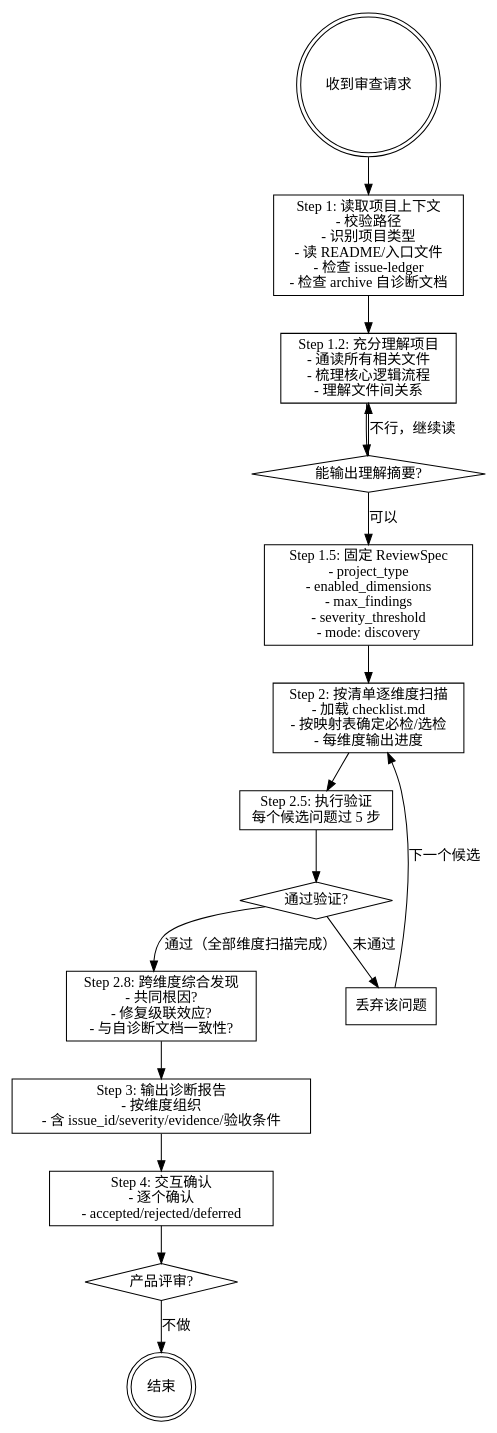
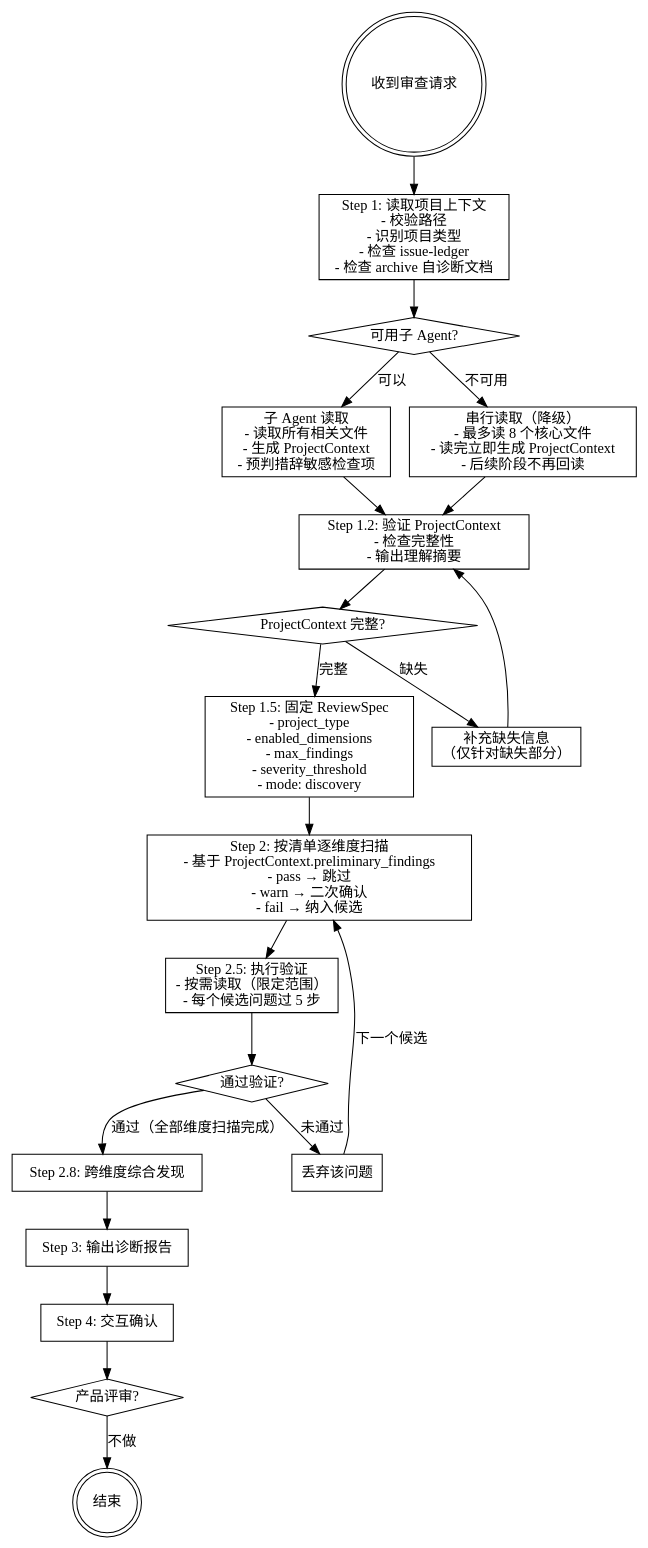
Before and after one commit to lbyxunxunnini/agent-pm: the diagram in references/mode-a.md, drawn with Graphviz. The commit also changed other lines of this file and 3 other files, not shown here.

````diff
--- a/references/mode-a.md
+++ b/references/mode-a.md
@@ -26,37 +26,54 @@
 ```dot
 digraph mode_a {
     rankdir=TB;
     node [shape=box];
 
     start [label="收到审查请求" shape=doublecircle];
-    read_ctx [label="Step 1: 读取项目上下文\n- 校验路径\n- 识别项目类型\n- 读 README/入口文件\n- 检查 issue-ledger\n- 检查 archive 自诊断文档"];
-    understand [label="Step 1.2: 充分理解项目\n- 通读所有相关文件\n- 梳理核心逻辑流程\n- 理解文件间关系"];
-    summary_check [label="能输出理解摘要?" shape=diamond];
+    
+    // Step 1: 读取上下文
+    read_ctx [label="Step 1: 读取项目上下文\n- 校验路径\n- 识别项目类型\n- 检查 issue-ledger\n- 检查 archive 自诊断文档"];
+    
+    // 子 Agent 读取
+    can_use_agent [shape=diamond label="可用子 Agent?"];
+    agent_read [label="子 Agent 读取\n- 读取所有相关文件\n- 生成 ProjectContext\n- 预判措辞敏感检查项"];
+    serial_read [label="串行读取（降级）\n- 最多读 8 个核心文件\n- 读完立即生成 ProjectContext\n- 后续阶段不再回读"];
+    
+    // Step 1.2: 理解验证
+    understand [label="Step 1.2: 验证 ProjectContext\n- 检查完整性\n- 输出理解摘要"];
+    summary_check [label="ProjectContext 完整?" shape=diamond];
+    fix_ctx [label="补充缺失信息\n（仅针对缺失部分）"];
+    
+    // Step 1.5 及后续
     fix_spec [label="Step 1.5: 固定 ReviewSpec\n- project_type\n- enabled_dimensions\n- max_findings\n- severity_threshold\n- mode: discovery"];
-    scan [label="Step 2: 按清单逐维度扫描\n- 加载 checklist.md\n- 按映射表确定必检/选检\n- 每维度输出进度"];
-    exec_verify [label="Step 2.5: 执行验证\n每个候选问题过 5 步"];
+    scan [label="Step 2: 按清单逐维度扫描\n- 基于 ProjectContext.preliminary_findings\n- pass → 跳过\n- warn → 二次确认\n- fail → 纳入候选"];
+    exec_verify [label="Step 2.5: 执行验证\n- 按需读取（限定范围）\n- 每个候选问题过 5 步"];
     pass [shape=diamond label="通过验证?"];
     discard [label="丢弃该问题" shape=box];
-    synthesis [label="Step 2.8: 跨维度综合发现\n- 共同根因?\n- 修复级联效应?\n- 与自诊断文档一致性?"];
-    report [label="Step 3: 输出诊断报告\n- 按维度组织\n- 含 issue_id/severity/evidence/验收条件"];
-    confirm [label="Step 4: 交互确认\n- 逐个确认\n- accepted/rejected/deferred"];
+    synthesis [label="Step 2.8: 跨维度综合发现"];
+    report [label="Step 3: 输出诊断报告"];
+    confirm [label="Step 4: 交互确认"];
     product [label="产品评审?" shape=diamond];
     end [shape=doublecircle label="结束"];
 
     start -> read_ctx;
-    read_ctx -> understand;
+    read_ctx -> can_use_agent;
+    can_use_agent -> agent_read [label="可以"];
+    can_use_agent -> serial_read [label="不可用"];
+    agent_read -> understand;
+    serial_read -> understand;
     understand -> summary_check;
-    summary_check -> fix_spec [label="可以"];
-    summary_check -> understand [label="不行，继续读"];
+    summary_check -> fix_spec [label="完整"];
+    summary_check -> fix_ctx [label="缺失"];
+    fix_ctx -> understand;
     fix_spec -> scan;
     scan -> exec_verify;
     exec_verify -> pass;
     pass -> synthesis [label="通过（全部维度扫描完成）"];
     pass -> discard [label="未通过"];
     discard -> scan [label="下一个候选"];
     synthesis -> report;
     report -> confirm;
     confirm -> product;
     product -> end [label="不做"];
 }
 ```
````
